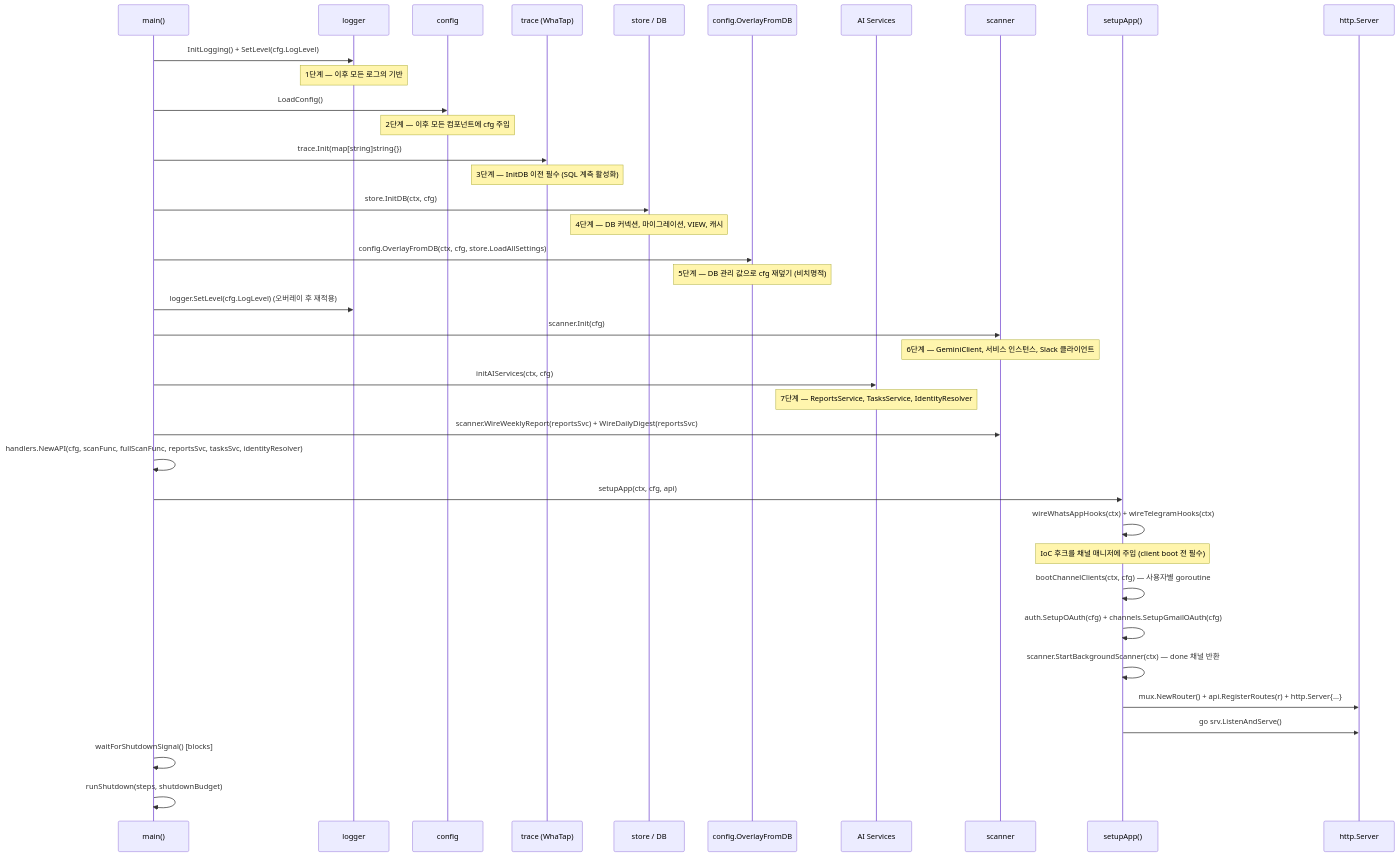
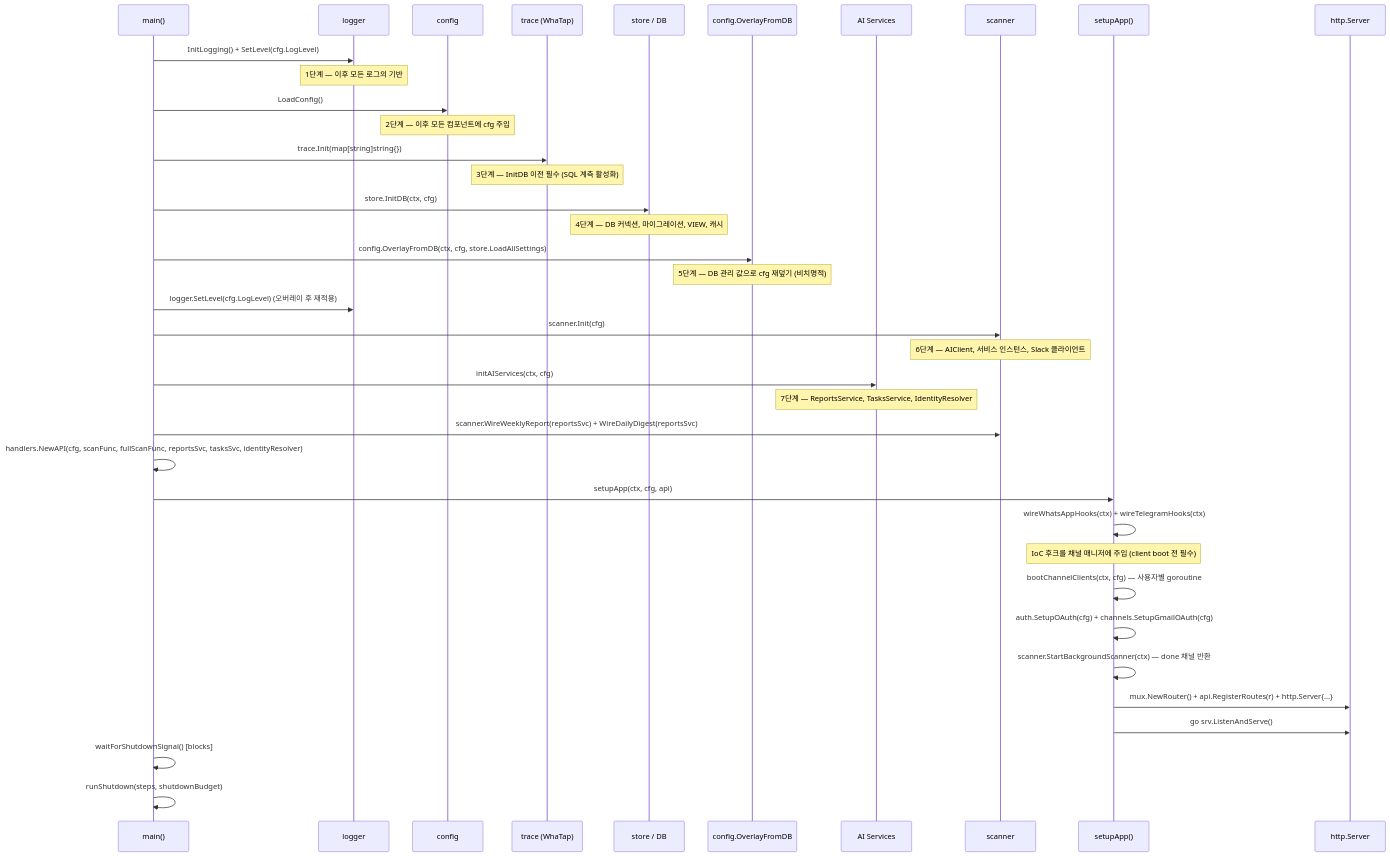
The fourth of 5 diagrams in docs/comprehensive/03-backend-architecture.md (JaejinSong/message-consolidator), drawn with Mermaid before and after one commit. The commit also changed other lines of this file and 21 other files, not shown here.

````diff
--- a/docs/comprehensive/03-backend-architecture.md
+++ b/docs/comprehensive/03-backend-architecture.md
@@ -447,41 +447,41 @@
 ```mermaid
 sequenceDiagram
     participant m as main()
     participant log as logger
     participant cfg as config
     participant tr as trace (WhaTap)
     participant st as store / DB
     participant ovl as config.OverlayFromDB
     participant ai as AI Services
     participant sc as scanner
     participant app as setupApp()
     participant srv as http.Server
 
     m->>log: InitLogging() + SetLevel(cfg.LogLevel)
     note over log: 1단계 — 이후 모든 로그의 기반
     m->>cfg: LoadConfig()
     note over cfg: 2단계 — 이후 모든 컴포넌트에 cfg 주입
     m->>tr: trace.Init(map[string]string{})
     note over tr: 3단계 — InitDB 이전 필수 (SQL 계측 활성화)
     m->>st: store.InitDB(ctx, cfg)
     note over st: 4단계 — DB 커넥션, 마이그레이션, VIEW, 캐시
     m->>ovl: config.OverlayFromDB(ctx, cfg, store.LoadAllSettings)
     note over ovl: 5단계 — DB 관리 값으로 cfg 재덮기 (비치명적)
     m->>log: logger.SetLevel(cfg.LogLevel) (오버레이 후 재적용)
     m->>sc: scanner.Init(cfg)
-    note over sc: 6단계 — GeminiClient, 서비스 인스턴스, Slack 클라이언트
+    note over sc: 6단계 — AIClient, 서비스 인스턴스, Slack 클라이언트
     m->>ai: initAIServices(ctx, cfg)
     note over ai: 7단계 — ReportsService, TasksService, IdentityResolver
     m->>sc: scanner.WireWeeklyReport(reportsSvc) + WireDailyDigest(reportsSvc)
     m->>m: handlers.NewAPI(cfg, scanFunc, fullScanFunc, reportsSvc, tasksSvc, identityResolver)
     m->>app: setupApp(ctx, cfg, api)
     app->>app: wireWhatsAppHooks(ctx) + wireTelegramHooks(ctx)
     note over app: IoC 후크를 채널 매니저에 주입 (client boot 전 필수)
     app->>app: bootChannelClients(ctx, cfg) — 사용자별 goroutine
     app->>app: auth.SetupOAuth(cfg) + channels.SetupGmailOAuth(cfg)
     app->>app: scanner.StartBackgroundScanner(ctx) — done 채널 반환
     app->>srv: mux.NewRouter() + api.RegisterRoutes(r) + http.Server{...}
     app->>srv: go srv.ListenAndServe()
     m->>m: waitForShutdownSignal() [blocks]
     m->>m: runShutdown(steps, shutdownBudget)
 ```
````
